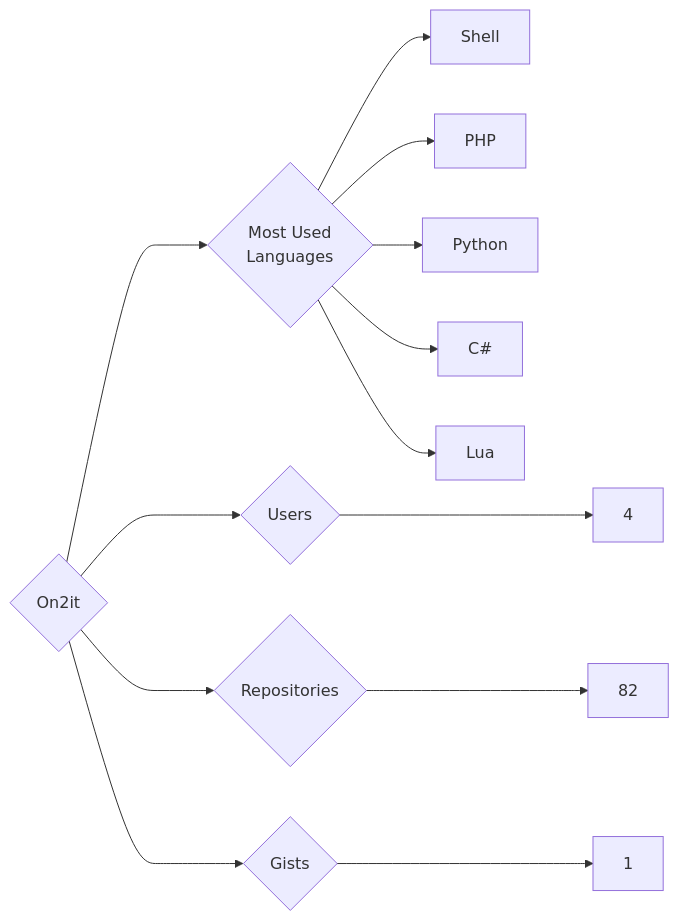
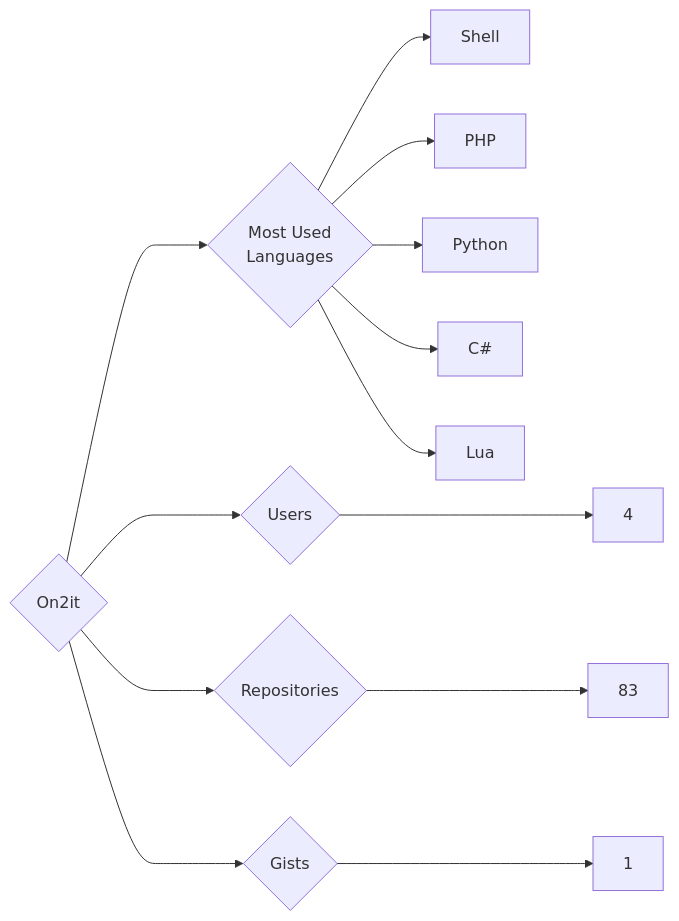
Before and after one commit to trickest/insiders: the diagram in targets/On2it/README.md, drawn with Mermaid. The commit also changed 806 other files, not shown here.

````diff
--- a/targets/On2it/README.md
+++ b/targets/On2it/README.md
@@ -3,13 +3,13 @@
 ```mermaid
 graph LR
 COMPANY_NAME{On2it}
 COMPANY_NAME ---> U{Users} ---> UN[4]
-COMPANY_NAME ---> R{Repositories} ---> RN[82]
+COMPANY_NAME ---> R{Repositories} ---> RN[83]
 COMPANY_NAME ---> G{Gists} ---> GN[1]
 COMPANY_NAME ---> ML{Most Used<br>Languages}
 ML --> Shell[Shell]
 ML --> PHP[PHP]
 ML --> Python[Python]
 ML --> C#[C#]
 ML --> Lua[Lua]
 ```
````
